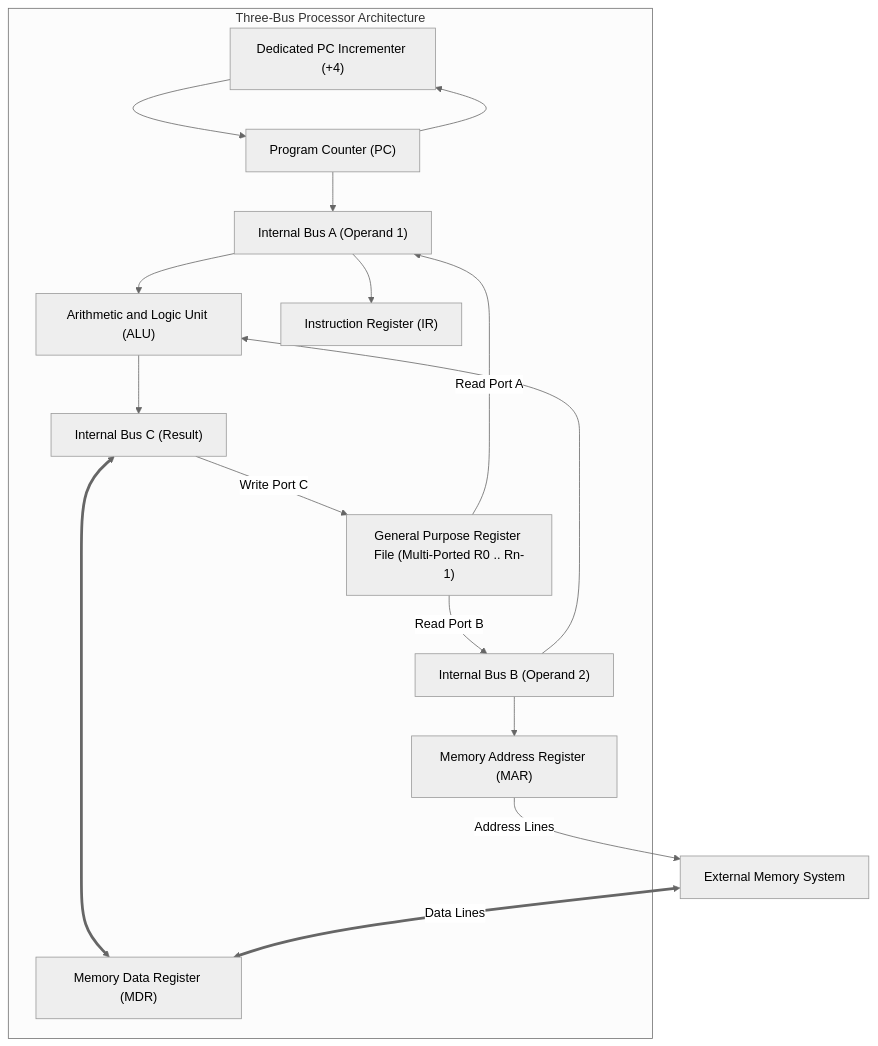
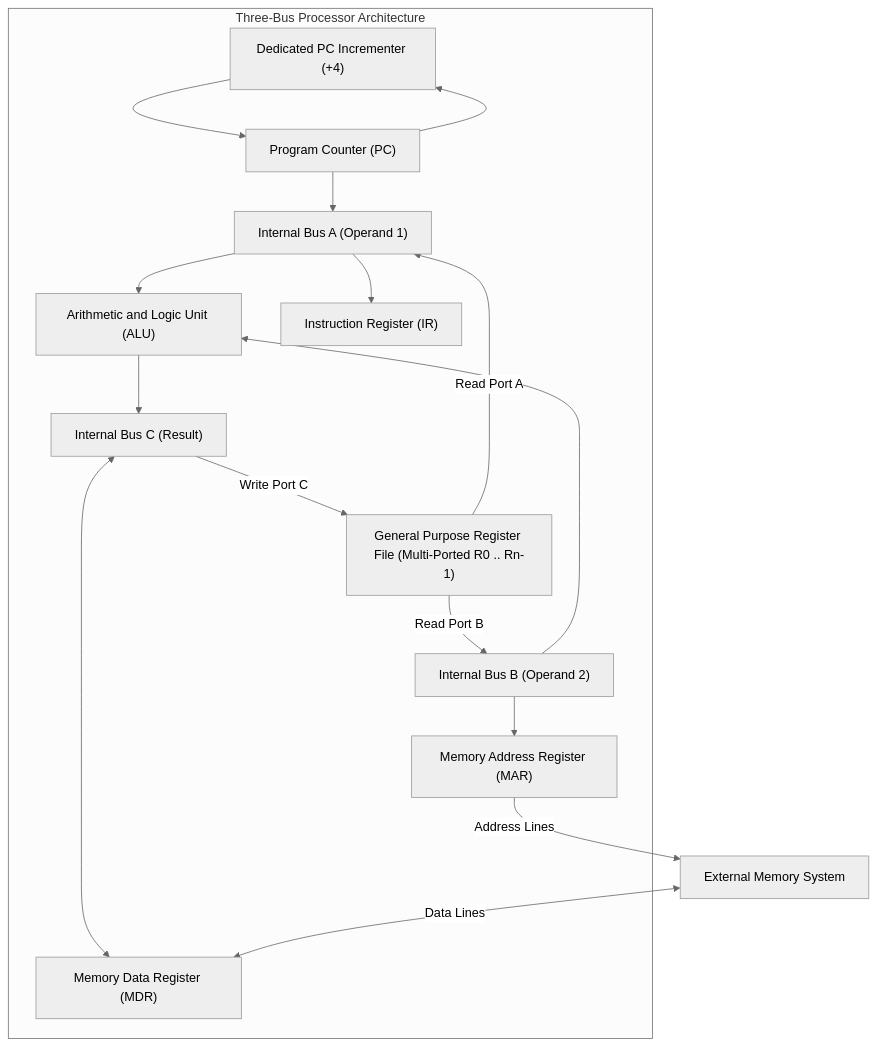
The diagram in DLCD/Unit 4/L08 - Multiple-Bus Organization.md (YatishGowda09/Sem-3-CSE-Notes), drawn with Mermaid (neutral theme) before and after one commit. The commit also changed 70 other files, not shown here.

First line of the commit message:
Fix Mermaid diagram syntax for GitHub rendering compatibility

````diff
--- a/DLCD/Unit 4/L08 - Multiple-Bus Organization.md
+++ b/DLCD/Unit 4/L08 - Multiple-Bus Organization.md
@@ -22,35 +22,35 @@
 ```mermaid
 flowchart TD
     subgraph Three_Bus_CPU["Three-Bus Processor Architecture"]
         BUSA["Internal Bus A (Operand 1)"]
         BUSB["Internal Bus B (Operand 2)"]
         BUSC["Internal Bus C (Result)"]
 
         REG_FILE["General Purpose Register File (Multi-Ported R0 .. Rn-1)"]
         ALU["Arithmetic and Logic Unit (ALU)"]
         INC["Dedicated PC Incrementer (+4)"]
         PC["Program Counter (PC)"]
         MAR["Memory Address Register (MAR)"]
         MDR["Memory Data Register (MDR)"]
         IR["Instruction Register (IR)"]
 
         REG_FILE -- "Read Port A" --> BUSA
         REG_FILE -- "Read Port B" --> BUSB
         BUSC -- "Write Port C" --> REG_FILE
 
         BUSA --> ALU
         BUSB --> ALU
         ALU --> BUSC
 
         PC --> INC
         INC --> PC
         PC --> BUSA
 
         BUSB --> MAR
-        BUSC <==> MDR
+        BUSC <--> MDR
         BUSA --> IR
     end
 
     MAR -- "Address Lines" --> EXT_MEM["External Memory System"]
-    EXT_MEM <== "Data Lines" ==> MDR
+    EXT_MEM <-->|"Data Lines"| MDR
 ```
````
